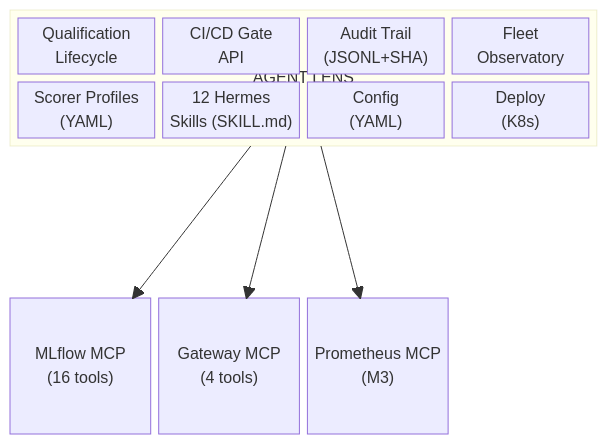
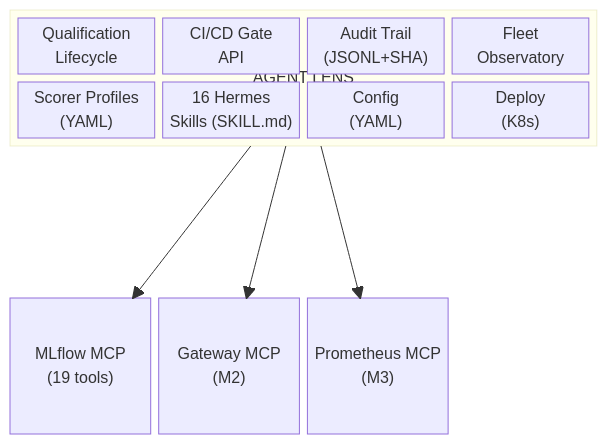
One commit to rrbanda/agent-lens changed the second of 2 diagrams in README.md. Above: the diagram before and after it, drawn with Mermaid. The commit also changed other lines of this file and 10 other files, not shown here.

````diff
--- a/README.md
+++ b/README.md
@@ -245,15 +252,15 @@
 ```mermaid
 block-beta
     columns 4
     block:agentlens["AGENT LENS"]:4
         columns 4
         QL["Qualification\nLifecycle"] CICD["CI/CD Gate\nAPI"] AT["Audit Trail\n(JSONL+SHA)"] FO["Fleet\nObservatory"]
-        SP["Scorer Profiles\n(YAML)"] SK["12 Hermes\nSkills (SKILL.md)"] CF["Config\n(YAML)"] DP["Deploy\n(K8s)"]
+        SP["Scorer Profiles\n(YAML)"] SK["16 Hermes\nSkills (SKILL.md)"] CF["Config\n(YAML)"] DP["Deploy\n(K8s)"]
     end
     space:4
-    MLflow["MLflow MCP\n(16 tools)"] GW["Gateway MCP\n(4 tools)"] Prom["Prometheus MCP\n(M3)"] space
+    MLflow["MLflow MCP\n(19 tools)"] GW["Gateway MCP\n(M2)"] Prom["Prometheus MCP\n(M3)"] space
 
     agentlens --> MLflow
     agentlens --> GW
     agentlens --> Prom
 ```
````
